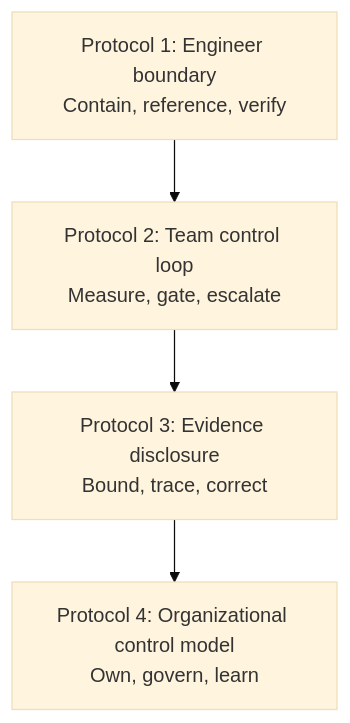
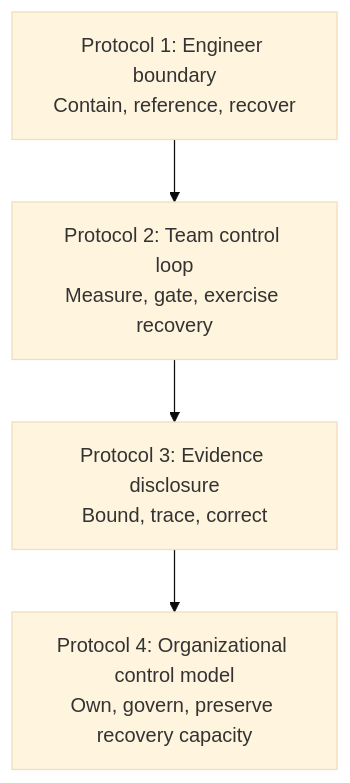
The diagram in protocols/README.md (UncertaintyArchitectureGroup/The-Subprime-Code-Crisis), drawn with Mermaid (base theme) before and after one commit. The commit also changed other lines of this file, not shown here.

Commit message:
Expose recovery independence in protocol index

````diff
--- a/protocols/README.md
+++ b/protocols/README.md
@@ -15,7 +15,7 @@
 ```mermaid
 flowchart TD
-    A[Protocol 1: Engineer boundary<br/>Contain, reference, verify]
-    --> B[Protocol 2: Team control loop<br/>Measure, gate, escalate]
+    A[Protocol 1: Engineer boundary<br/>Contain, reference, recover]
+    --> B[Protocol 2: Team control loop<br/>Measure, gate, exercise recovery]
     --> C[Protocol 3: Evidence disclosure<br/>Bound, trace, correct]
-    --> D[Protocol 4: Organizational control model<br/>Own, govern, learn]
+    --> D[Protocol 4: Organizational control model<br/>Own, govern, preserve recovery capacity]
 ```
````
